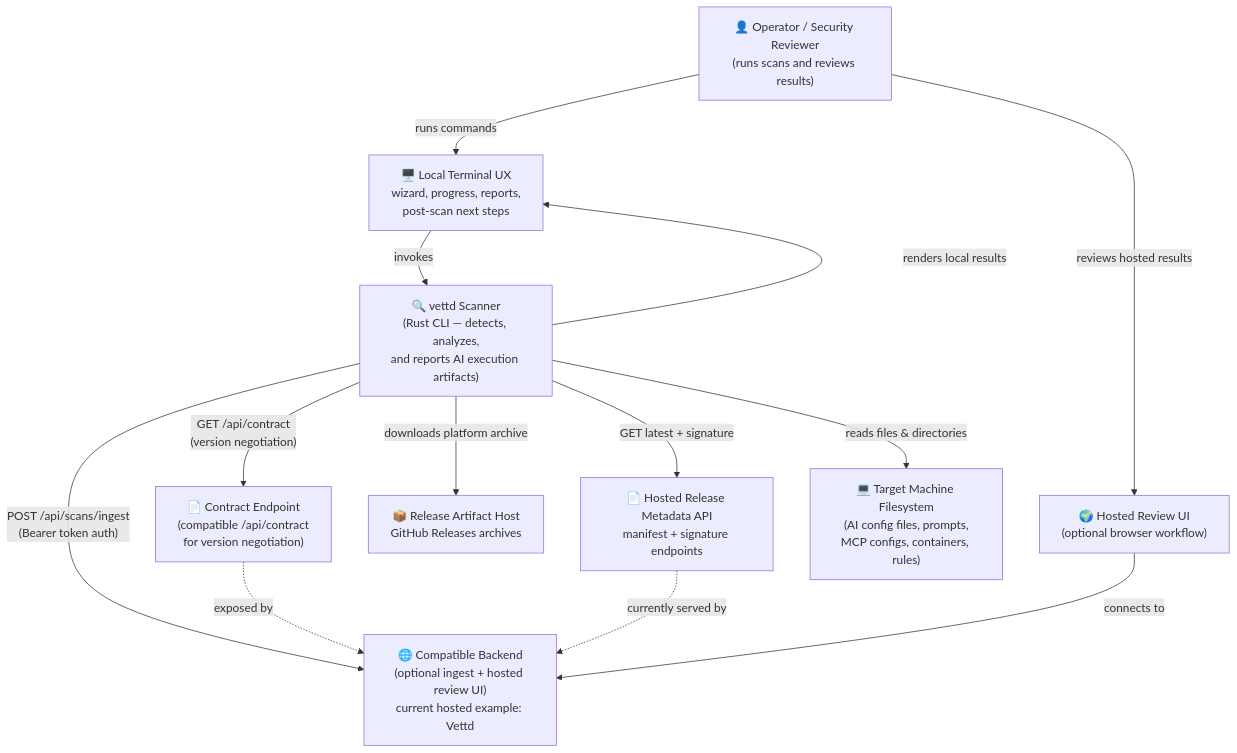
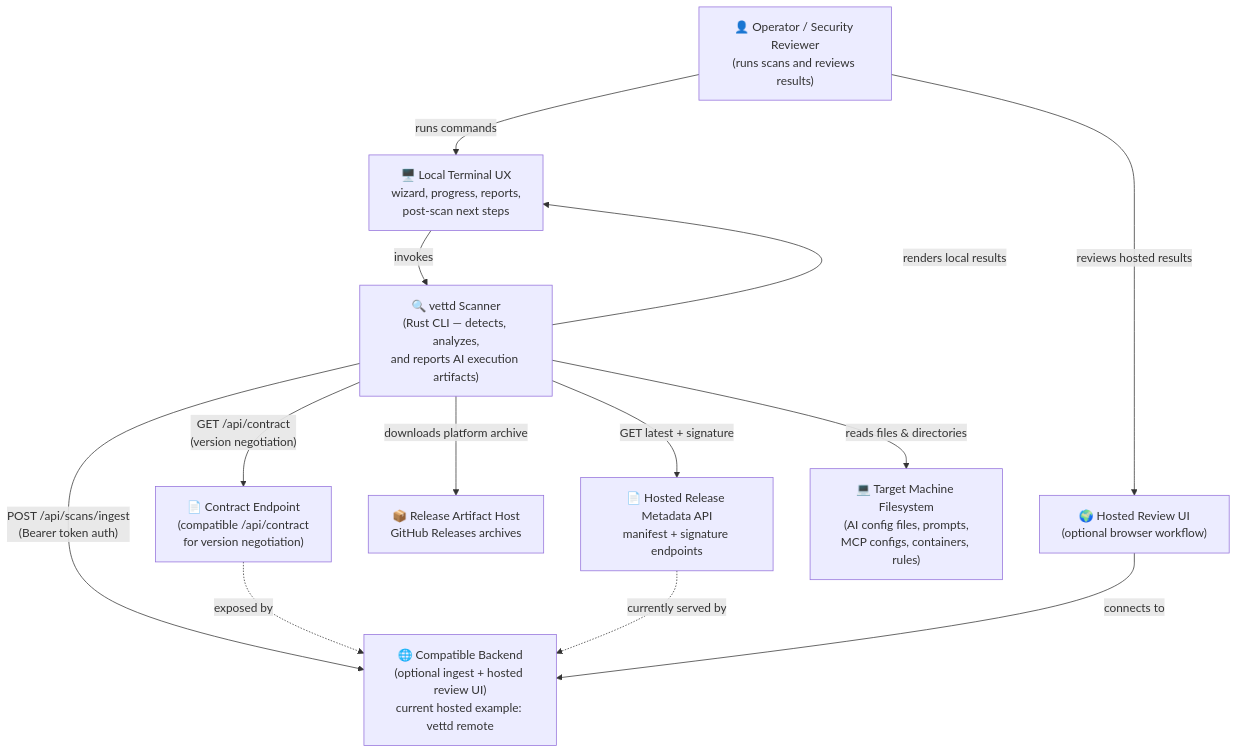
The diagram in docs/c4-level1-context.md (AgenticHighway/vettd-cli), drawn with Mermaid before and after one commit. The commit also changed 3 other files, not shown here.

Commit message:
fix: disambiguate vettd remote from vettd cli in some spots

````diff
--- a/docs/c4-level1-context.md
+++ b/docs/c4-level1-context.md
@@ -5,25 +5,25 @@
 ```mermaid
 flowchart TD
     User["👤 Operator / Security Reviewer\n(runs scans and reviews results)"]
     Terminal["🖥️ Local Terminal UX\nwizard, progress, reports,\npost-scan next steps"]
     Vettd["🔍 vettd Scanner\n(Rust CLI — detects, analyzes,\nand reports AI execution artifacts)"]
-    Backend["🌐 Compatible Backend\n(optional ingest + hosted review UI)\ncurrent hosted example: Vettd"]
+    Backend["🌐 Compatible Backend\n(optional ingest + hosted review UI)\ncurrent hosted example: vettd remote"]
     Contract["📄 Contract Endpoint\n(compatible /api/contract\nfor version negotiation)"]
     ReleaseAPI["📄 Hosted Release Metadata API\nmanifest + signature endpoints"]
     Releases["📦 Release Artifact Host\nGitHub Releases archives"]
     Browser["🌍 Hosted Review UI\n(optional browser workflow)"]
     FS["💻 Target Machine Filesystem\n(AI config files, prompts,\nMCP configs, containers, rules)"]
 
     User -->|"runs commands"| Terminal
     Terminal -->|"invokes"| Vettd
     Vettd -->|"reads files & directories"| FS
     Vettd -->|"renders local results"| Terminal
     Vettd -->|"POST /api/scans/ingest\n(Bearer token auth)"| Backend
     Vettd -->|"GET /api/contract\n(version negotiation)"| Contract
     Contract -.->|"exposed by"| Backend
     Vettd -->|"GET latest + signature"| ReleaseAPI
     ReleaseAPI -.->|"currently served by"| Backend
     Vettd -->|"downloads platform archive"| Releases
     User -->|"reviews hosted results"| Browser
     Browser -->|"connects to"| Backend
 ```
````
